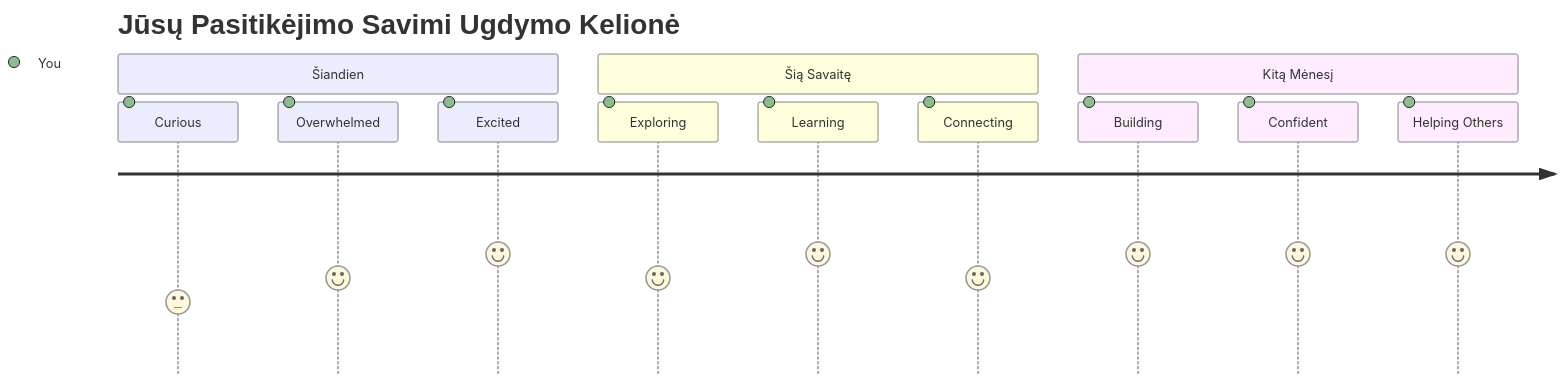
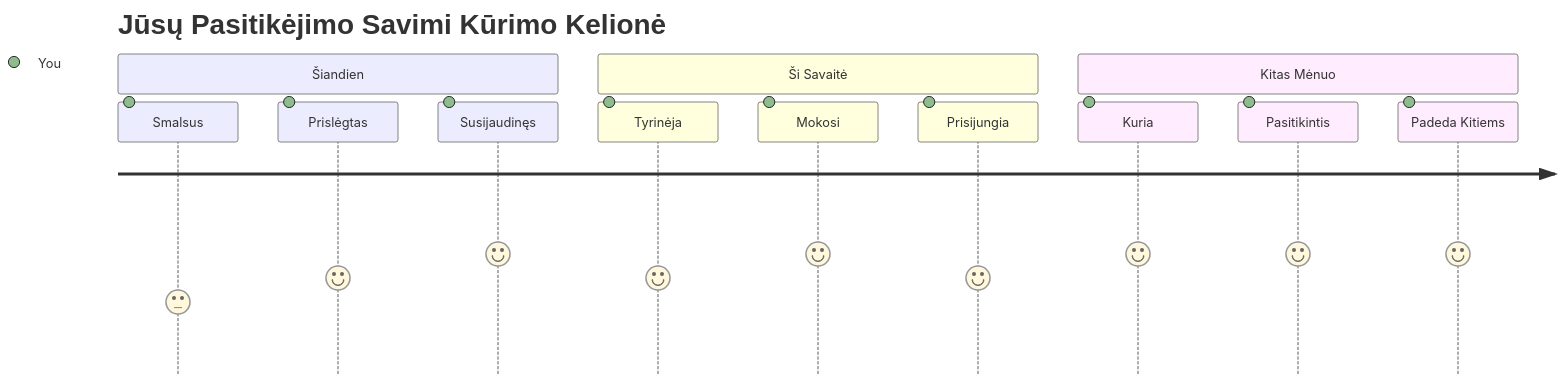
The seventh of 7 diagrams in translations/lt/1-getting-started-lessons/1-intro-to-programming-languages/README.md (microsoft/Web-Dev-For-Beginners), drawn with Mermaid before and after one commit. The commit also changed other lines of this file and 8 other files, not shown here.

````diff
--- a/translations/lt/1-getting-started-lessons/1-intro-to-programming-languages/README.md
+++ b/translations/lt/1-getting-started-lessons/1-intro-to-programming-languages/README.md
@@ -833,16 +833,16 @@
 ```mermaid
 journey
-    title Jūsų Pasitikėjimo Savimi Ugdymo Kelionė
+    title Jūsų Pasitikėjimo Savimi Kūrimo Kelionė
     section Šiandien
-      Curious: 3: You
-      Overwhelmed: 4: You
-      Excited: 5: You
-    section Šią Savaitę
-      Exploring: 4: You
-      Learning: 5: You
-      Connecting: 4: You
-    section Kitą Mėnesį
-      Building: 5: You
-      Confident: 5: You
-      Helping Others: 5: You
+      Smalsus: 3: You
+      Prislėgtas: 4: You
+      Susijaudinęs: 5: You
+    section Ši Savaitė
+      Tyrinėja: 4: You
+      Mokosi: 5: You
+      Prisijungia: 4: You
+    section Kitas Mėnuo
+      Kuria: 5: You
+      Pasitikintis: 5: You
+      Padeda Kitiems: 5: You
 ```
````
